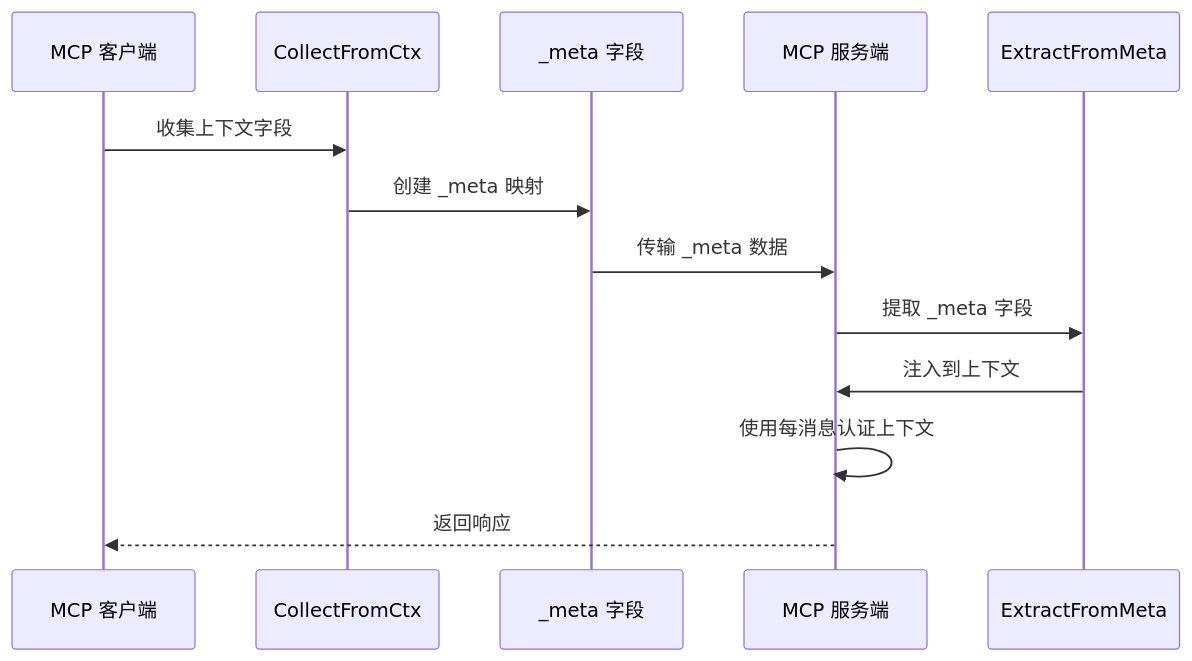
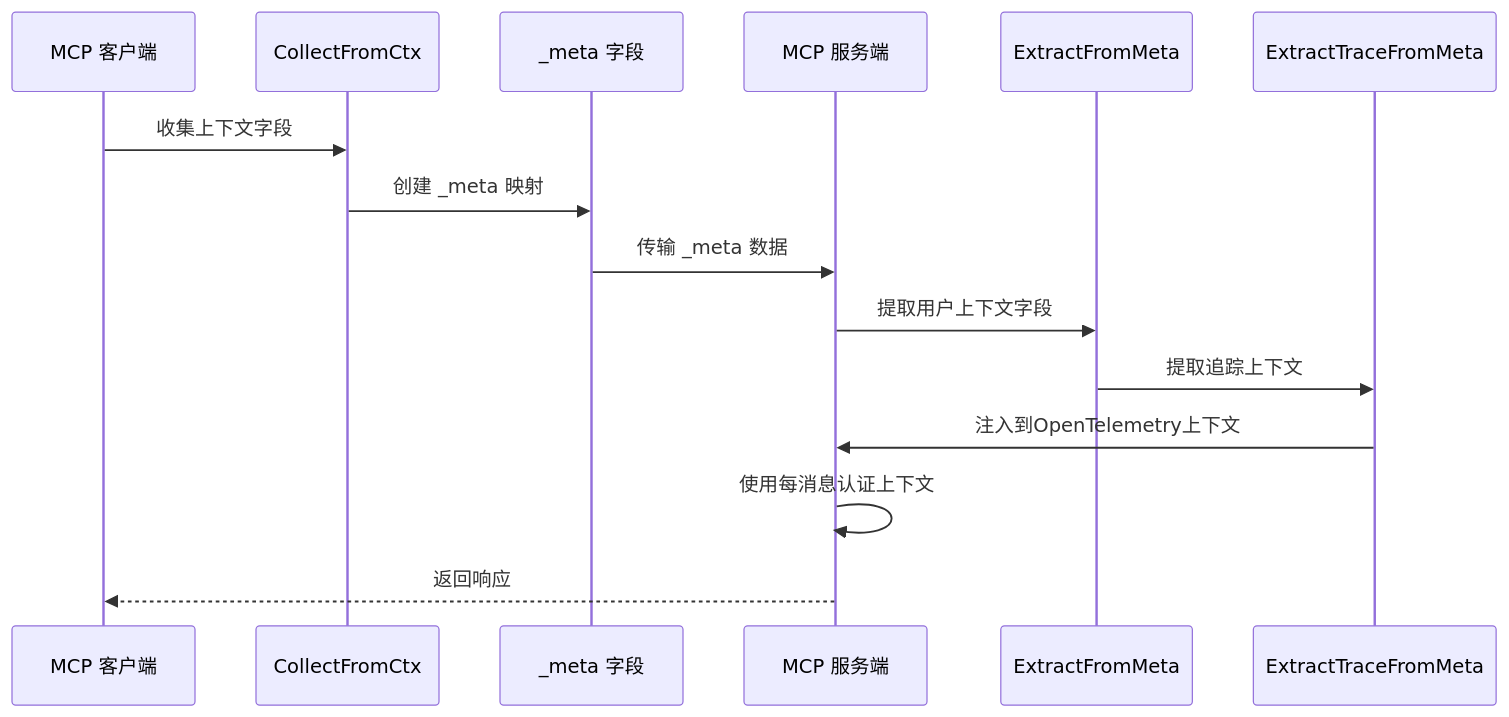
The fourth of 15 diagrams in .qoder/repowiki/zh/content/Ctxprop Package.md (maomao94/zero-service), drawn with Mermaid before and after one commit. The commit also changed other lines of this file and 25 other files, not shown here.

````diff
--- a/.qoder/repowiki/zh/content/Ctxprop Package.md
+++ b/.qoder/repowiki/zh/content/Ctxprop Package.md
@@ -254,15 +283,17 @@
 ```mermaid
 sequenceDiagram
 participant Client as MCP 客户端
 participant Collector as CollectFromCtx
 participant Meta as _meta 字段
 participant Server as MCP 服务端
 participant Extractor as ExtractFromMeta
+participant TraceExtractor as ExtractTraceFromMeta
 Client->>Collector : 收集上下文字段
 Collector->>Meta : 创建 _meta 映射
 Meta->>Server : 传输 _meta 数据
-Server->>Extractor : 提取 _meta 字段
-Extractor->>Server : 注入到上下文
+Server->>Extractor : 提取用户上下文字段
+Extractor->>TraceExtractor : 提取追踪上下文
+TraceExtractor->>Server : 注入到OpenTelemetry上下文
 Server->>Server : 使用每消息认证上下文
 Server-->>Client : 返回响应
 ```
````
